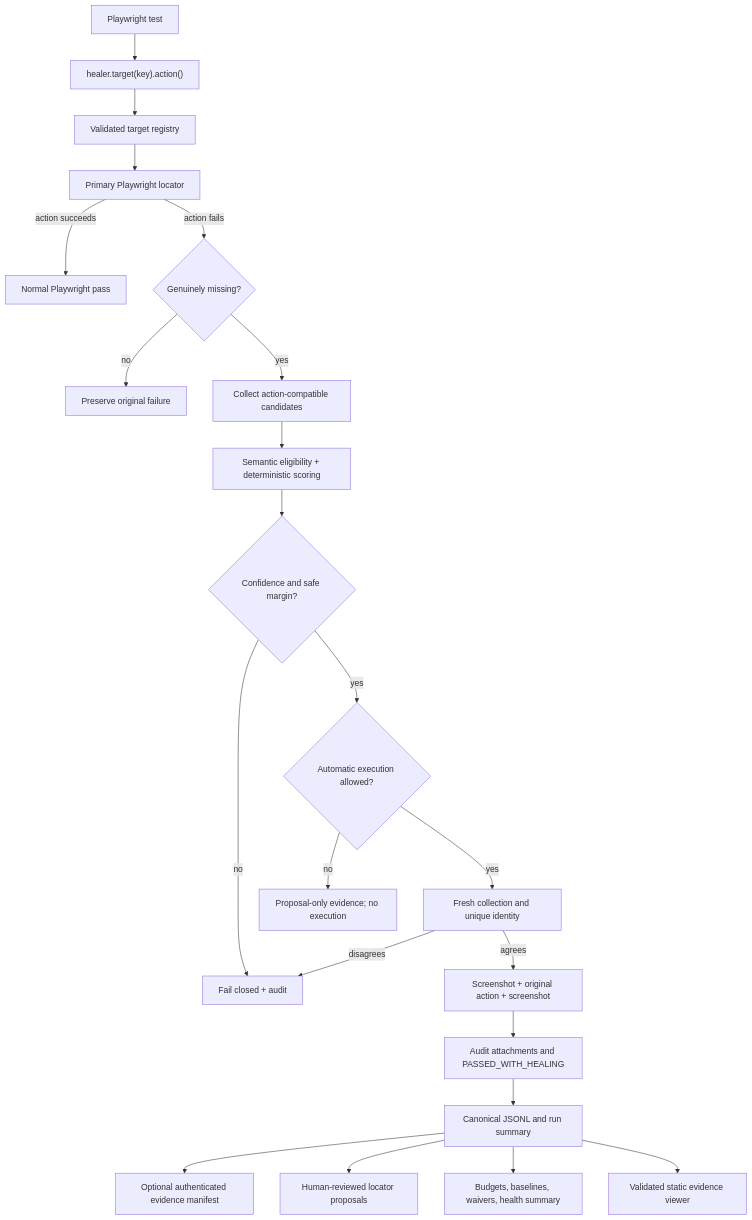
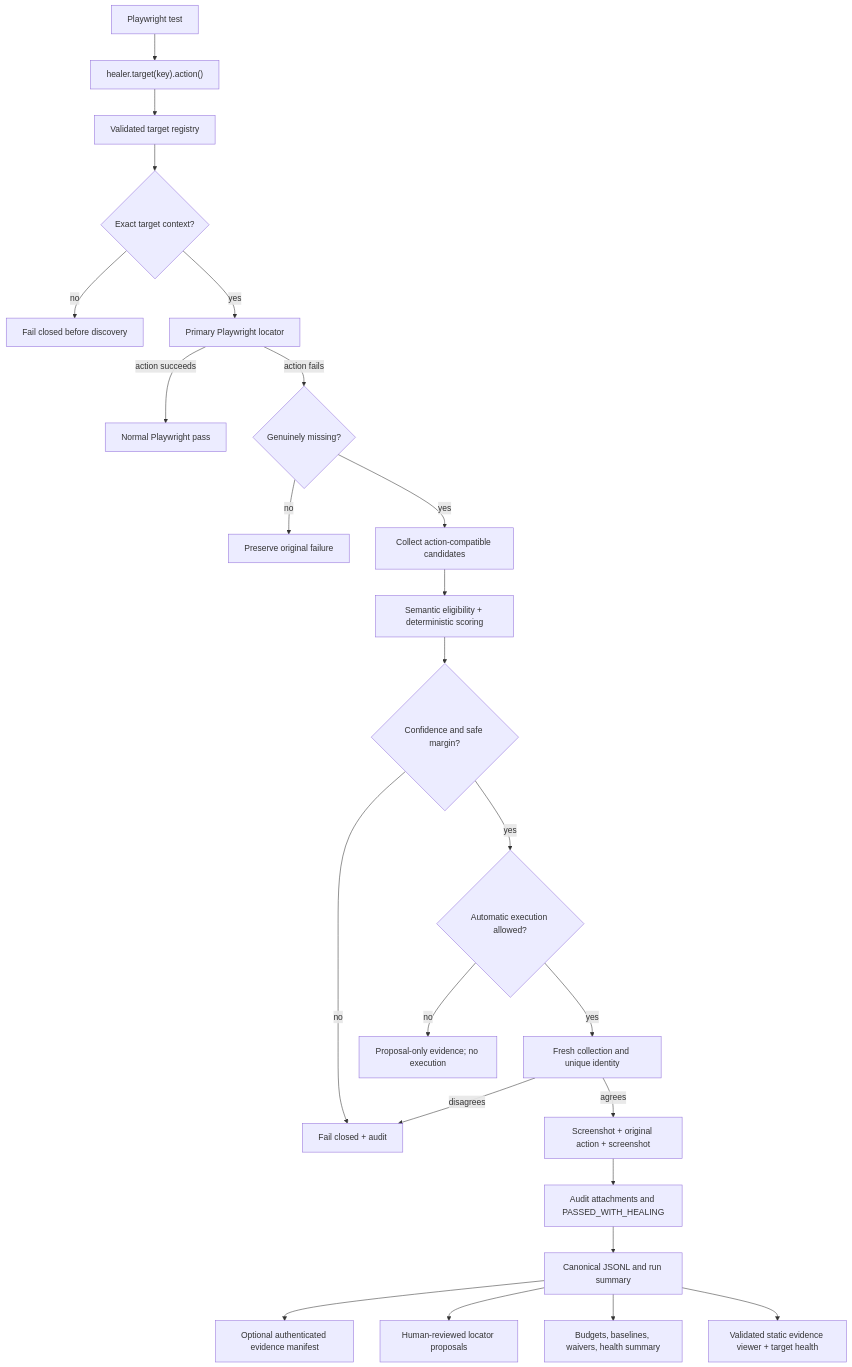
Before and after one commit to kamenAsenov/aegiloc: the diagram in docs/ARCHITECTURE.md, drawn with Mermaid. The commit also changed other lines of this file and 107 other files, not shown here.

````diff
--- a/docs/ARCHITECTURE.md
+++ b/docs/ARCHITECTURE.md
@@ -9,24 +9,26 @@
 ```mermaid
 flowchart TD
   Test["Playwright test"] --> Wrapper["healer.target(key).action()"]
   Wrapper --> Registry["Validated target registry"]
-  Registry --> Primary["Primary Playwright locator"]
+  Registry --> Context{"Exact target context?"}
+  Context -->|"no"| ContextReject["Fail closed before discovery"]
+  Context -->|"yes"| Primary["Primary Playwright locator"]
   Primary -->|"action succeeds"| Normal["Normal Playwright pass"]
   Primary -->|"action fails"| Classifier{"Genuinely missing?"}
   Classifier -->|"no"| Original["Preserve original failure"]
   Classifier -->|"yes"| Collector["Collect action-compatible candidates"]
   Collector --> Scoring["Semantic eligibility + deterministic scoring"]
   Scoring --> Gates{"Confidence and safe margin?"}
   Gates -->|"no"| Rejected["Fail closed + audit"]
   Gates -->|"yes"| Risk{"Automatic execution allowed?"}
   Risk -->|"no"| Protected["Proposal-only evidence; no execution"]
   Risk -->|"yes"| Revalidate["Fresh collection and unique identity"]
   Revalidate -->|"disagrees"| Rejected
   Revalidate -->|"agrees"| Action["Screenshot + original action + screenshot"]
   Action --> Audit["Audit attachments and PASSED_WITH_HEALING"]
   Audit --> Reporter["Canonical JSONL and run summary"]
   Reporter --> Manifest["Optional authenticated evidence manifest"]
   Reporter --> Proposals["Human-reviewed locator proposals"]
   Reporter --> Governance["Budgets, baselines, waivers, health summary"]
-  Reporter --> Viewer["Validated static evidence viewer"]
+  Reporter --> Viewer["Validated static evidence viewer + target health"]
 ```
````
